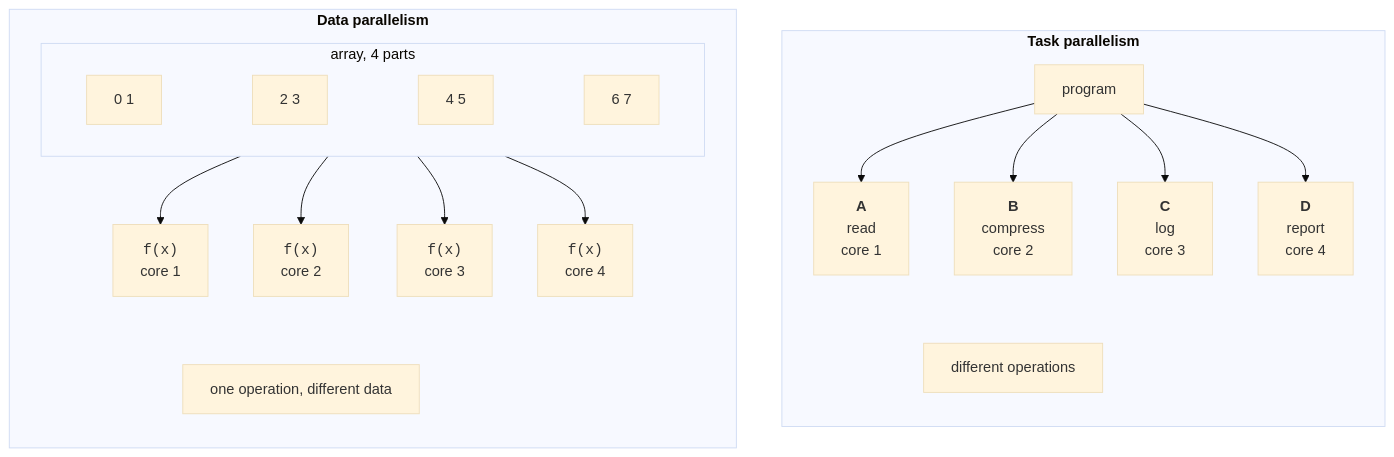
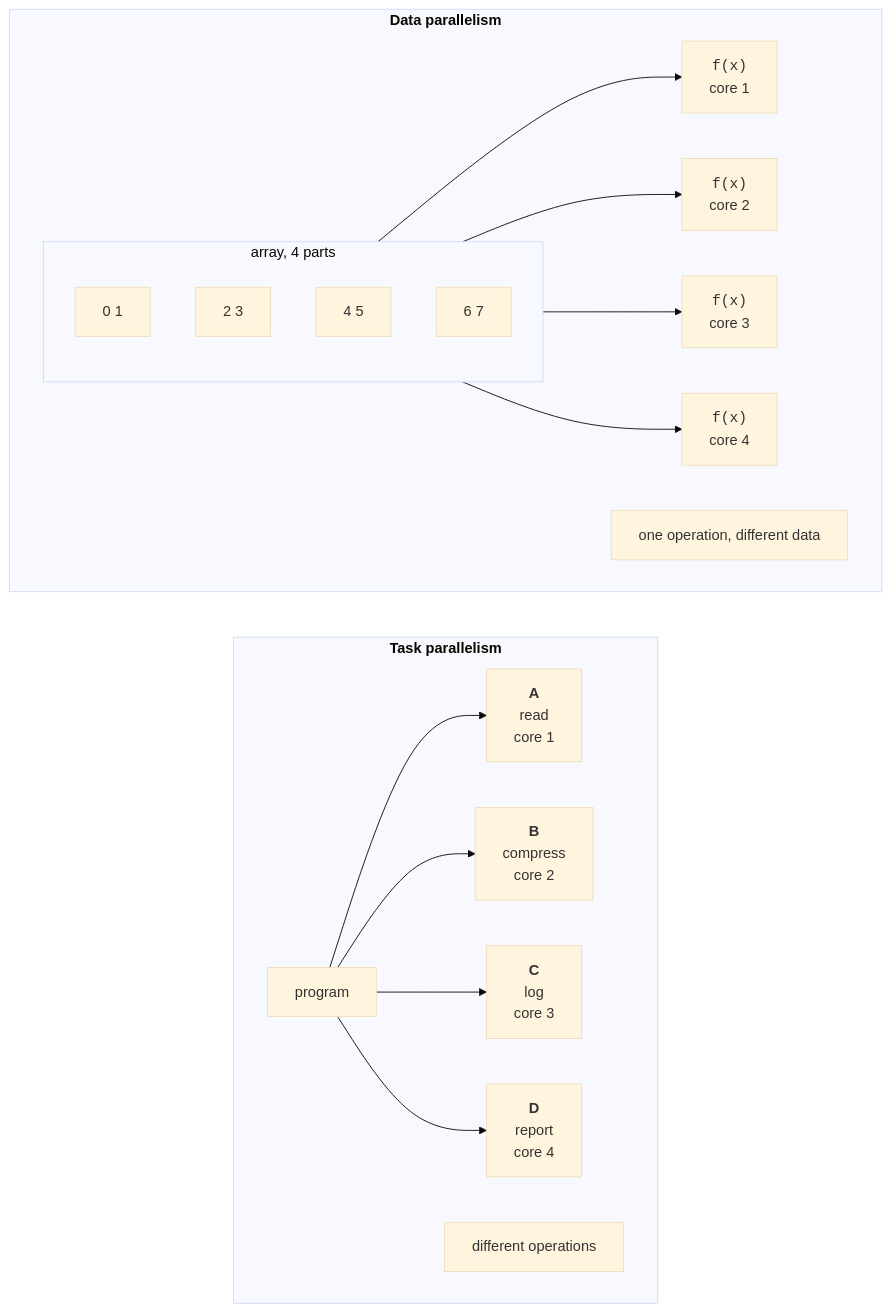
One commit to musicvano/Blog changed the diagram in src/courses/parallel/06-data-parallelism/parallel-loops.md. Above: the diagram before and after it, drawn with Mermaid (base theme). The commit also changed other lines of this file and 583 other files, not shown here.

````diff
--- a/src/courses/parallel/06-data-parallelism/parallel-loops.md
+++ b/src/courses/parallel/06-data-parallelism/parallel-loops.md
@@ -16,24 +16,27 @@
 ```mermaid
-flowchart LR
+flowchart TB
   subgraph DP["<b>Data parallelism</b>"]
-    direction TB
+    direction LR
     subgraph ARR["array, 4 parts"]
-      direction LR
-      D1["0 1"] ~~~ D2["2 3"] ~~~ D3["4 5"] ~~~ D4["6 7"]
+      direction TB
+      D1["0 1"]
+      D2["2 3"]
+      D3["4 5"]
+      D4["6 7"]
     end
     D1 --> F1["<code>f(x)</code><br>core 1"]
     D2 --> F2["<code>f(x)</code><br>core 2"]
     D3 --> F3["<code>f(x)</code><br>core 3"]
     D4 --> F4["<code>f(x)</code><br>core 4"]
-    F2 ~~~ DN["one operation, different data"]
+    D4 ~~~ DN["one operation, different data"]
   end
   subgraph TP["<b>Task parallelism</b>"]
-    direction TB
+    direction LR
     PRG["program"] --> JA["<b>A</b><br>read<br>core 1"]
     PRG --> JB["<b>B</b><br>compress<br>core 2"]
     PRG --> JC["<b>C</b><br>log<br>core 3"]
     PRG --> JD["<b>D</b><br>report<br>core 4"]
-    JB ~~~ TN["different operations"]
+    PRG ~~~ TN["different operations"]
   end
   DP ~~~ TP
 ```
````
